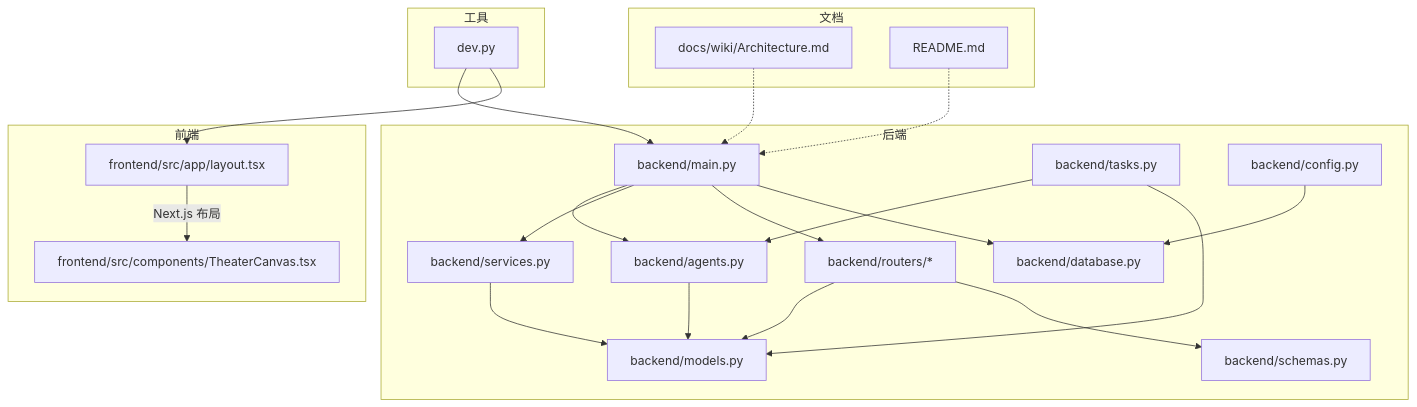
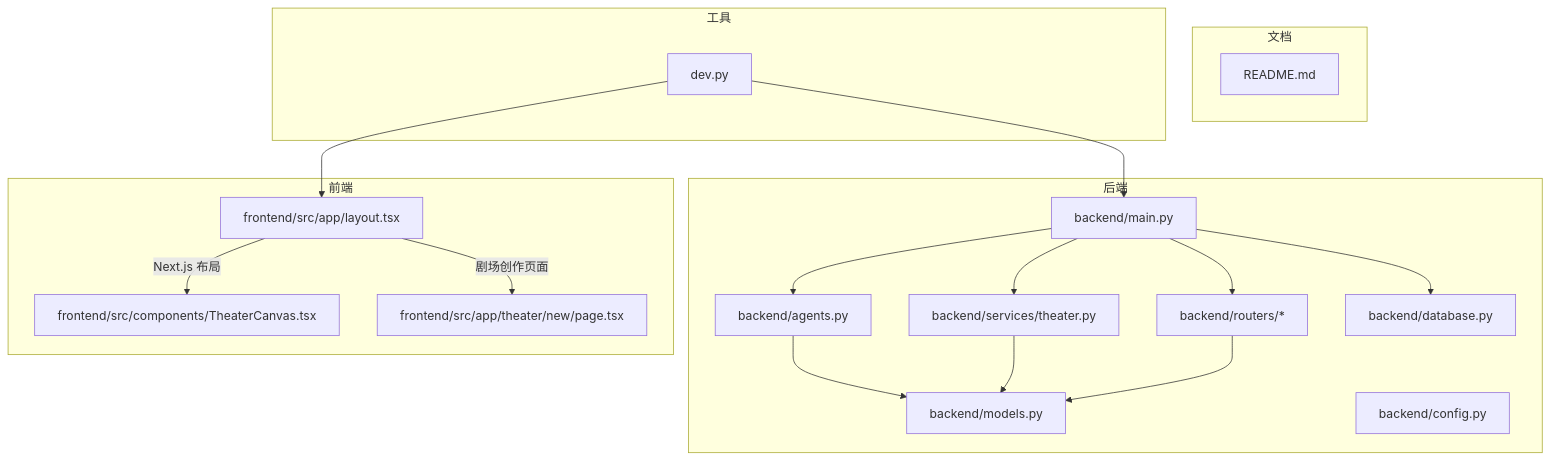
The first of 7 diagrams in .qoder/repowiki/zh/content/项目概述/项目概述.md (KunLabAI/KunFlix), drawn with Mermaid before and after one commit. The commit also changed other lines of this file and 88 other files, not shown here.

````diff
--- a/.qoder/repowiki/zh/content/项目概述/项目概述.md
+++ b/.qoder/repowiki/zh/content/项目概述/项目概述.md
@@ -47,41 +42,34 @@
 ```mermaid
 graph TB
 subgraph "后端"
 A_main["backend/main.py"]
 A_agents["backend/agents.py"]
-A_services["backend/services.py"]
+A_theater_service["backend/services/theater.py"]
 A_models["backend/models.py"]
 A_routers["backend/routers/*"]
-A_tasks["backend/tasks.py"]
 A_config["backend/config.py"]
 A_db["backend/database.py"]
-A_schemas["backend/schemas.py"]
 end
 subgraph "前端"
 F_layout["frontend/src/app/layout.tsx"]
 F_canvas["frontend/src/components/TheaterCanvas.tsx"]
+F_new_theater["frontend/src/app/theater/new/page.tsx"]
 end
 subgraph "文档"
-D_arch["docs/wiki/Architecture.md"]
 D_readme["README.md"]
 end
 subgraph "工具"
 T_dev["dev.py"]
 end
 F_layout --> |"Next.js 布局"| F_canvas
+F_layout --> |"剧场创作页面"| F_new_theater
 A_main --> A_agents
-A_main --> A_services
+A_main --> A_theater_service
 A_main --> A_routers
 A_main --> A_db
 A_agents --> A_models
-A_services --> A_models
+A_theater_service --> A_models
 A_routers --> A_models
-A_routers --> A_schemas
-A_tasks --> A_agents
-A_tasks --> A_models
-A_config --> A_db
-D_arch -.-> A_main
-D_readme -.-> A_main
 T_dev --> A_main
 T_dev --> F_layout
 ```
````
